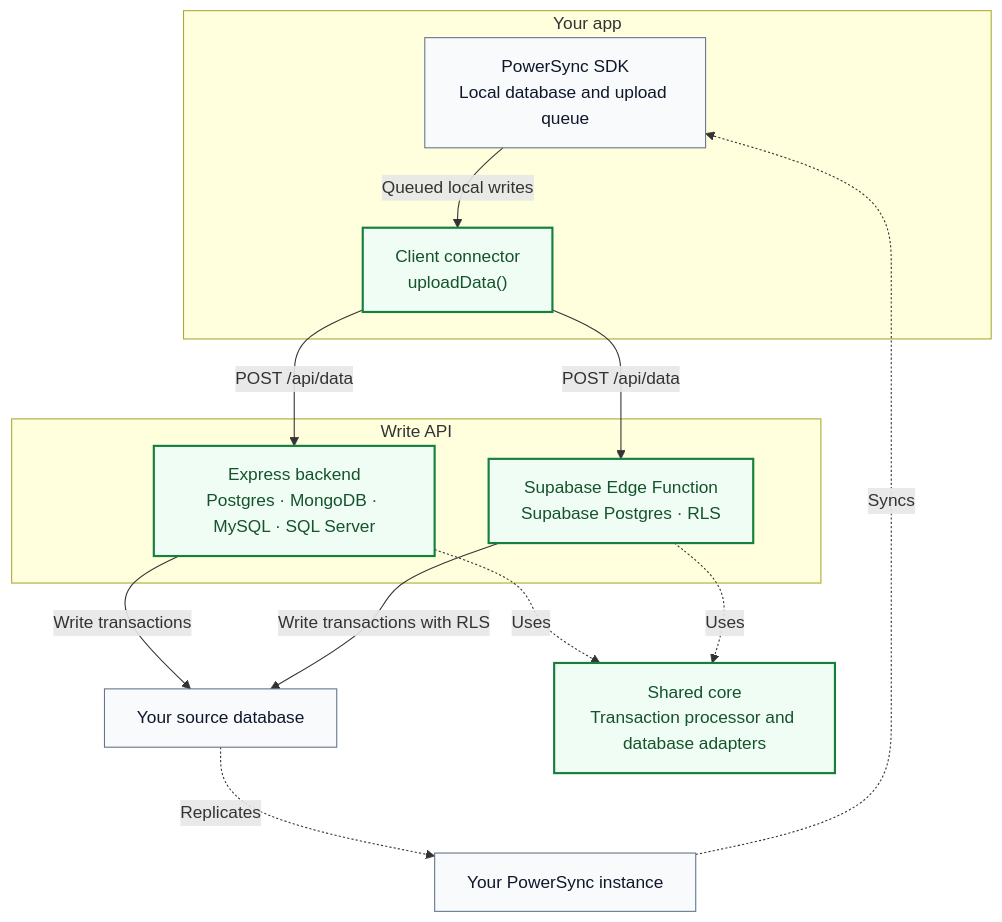
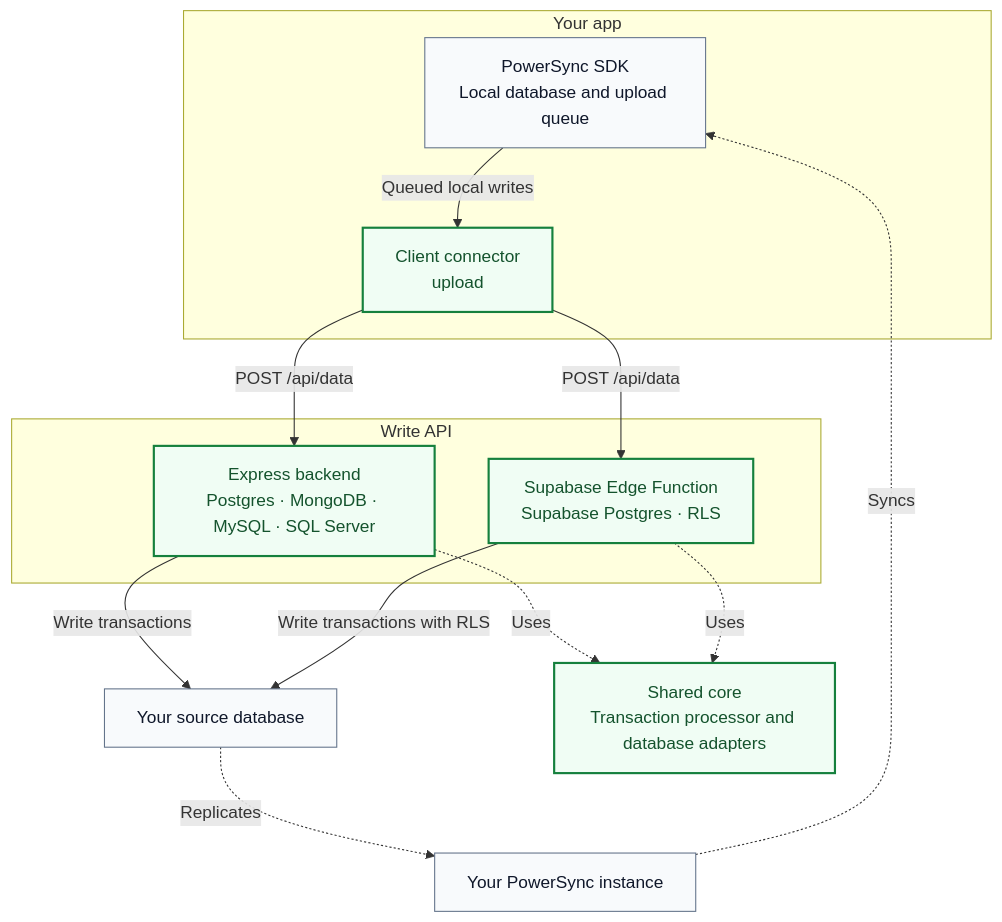
Before and after one commit to powersync-ja/powersync-reference-write-implementation: the diagram in README.md, drawn with Mermaid. The commit also changed other lines of this file and 13 other files, not shown here.

````diff
--- a/README.md
+++ b/README.md
@@ -19,34 +19,34 @@
 ```mermaid
 flowchart TB
     subgraph app["Your app"]
         sdk["PowerSync SDK<br/>Local database and upload queue"]
-        connector["Client connector<br/>uploadData()"]
+        connector["Client connector<br/>upload"]
         sdk -->|Queued local writes| connector
     end
 
     subgraph api["Write API"]
         express["Express backend<br/>Postgres · MongoDB · MySQL · SQL Server"]
         supabase["Supabase Edge Function<br/>Supabase Postgres · RLS"]
     end
 
     connector -->|POST /api/data| express
     connector -->|POST /api/data| supabase
     express -->|Write transactions| db["Your source database"]
     supabase -->|Write transactions with RLS| db
 
     express -. Uses .-> core["Shared core<br/>Transaction processor and database adapters"]
     supabase -. Uses .-> core
 
     db -. Replicates .-> powersync["Your PowerSync instance"]
     powersync -. Syncs .-> sdk
 
     classDef supplied fill:#f0fdf4,stroke:#15803d,color:#14532d,stroke-width:2px
     classDef existing fill:#f8fafc,stroke:#64748b,color:#0f172a
     class connector,express,supabase,core supplied
     class sdk,db,powersync existing
 
     click connector "./example-client/README.md" "Client connector setup"
     click express "./backend/standalone/README.md" "Express backend setup"
     click supabase "./backend/supabase/README.md" "Supabase Edge Function setup"
     click core "./backend/shared/" "Shared core source"
 ```
````
